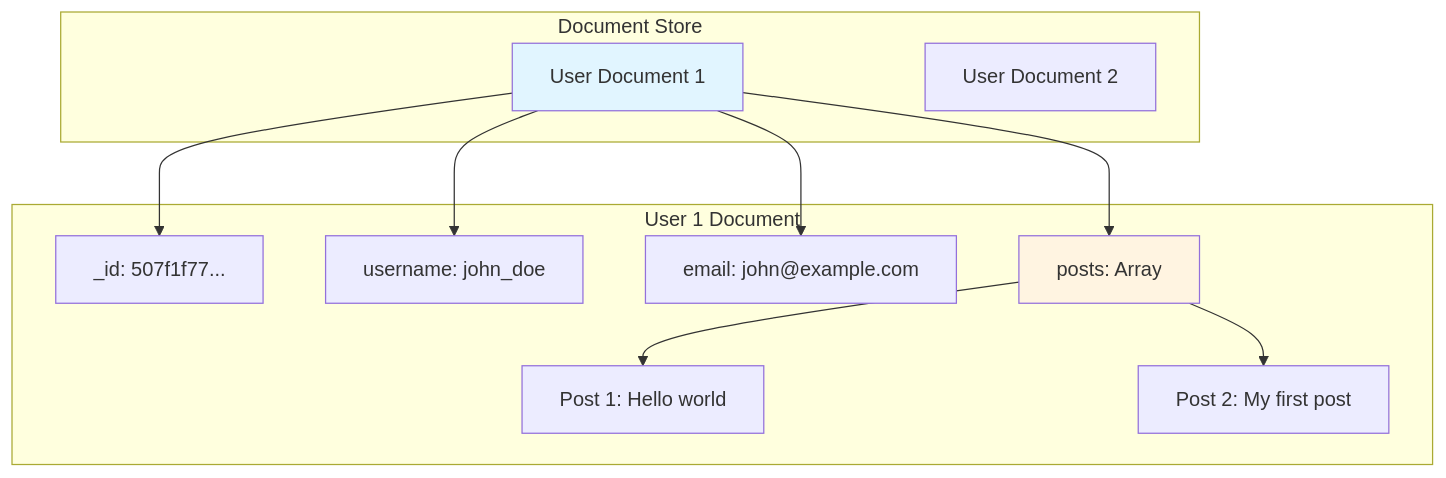
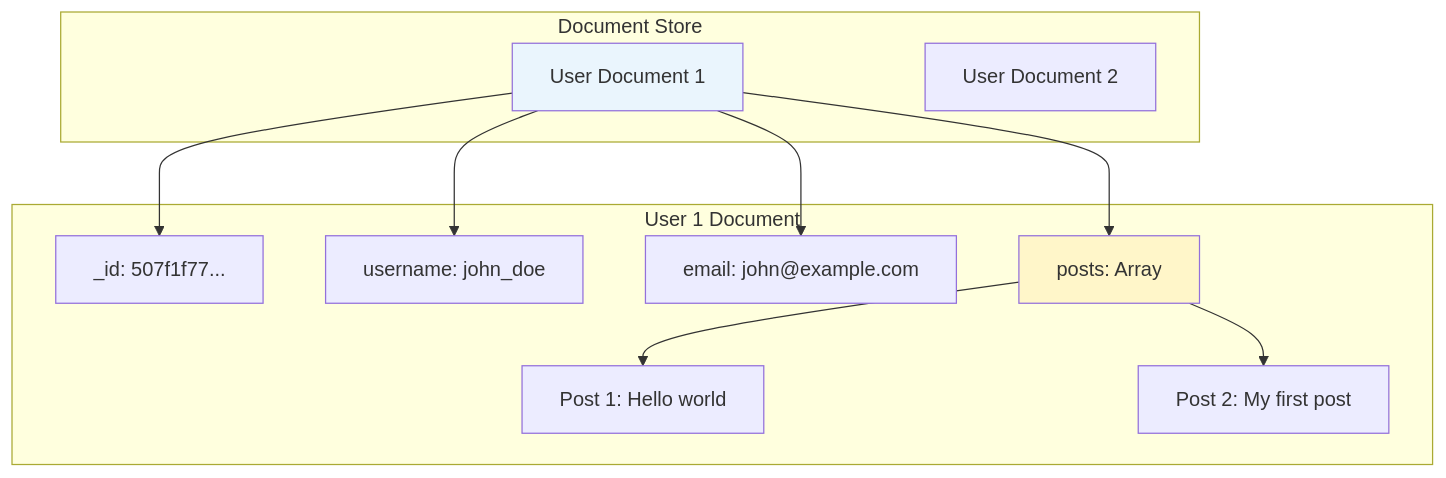
One commit to cartmancodes/InterviewVault changed the fifth of 27 diagrams in LLD/CoreConcepts/DataModelling.md. Above: the diagram before and after it, drawn with Mermaid. The commit also changed other lines of this file and 679 other files, not shown here.

Commit message:
Unify content diagrams and add accessible visual walkthroughs

````diff
--- a/LLD/CoreConcepts/DataModelling.md
+++ b/LLD/CoreConcepts/DataModelling.md
@@ -217,26 +217,26 @@
 ```mermaid
 graph TB
     subgraph "Document Store"
         USER1[User Document 1]
         USER2[User Document 2]
     end
     
     subgraph "User 1 Document"
         U1ID[_id: 507f1f77...]
         U1NAME[username: john_doe]
         U1EMAIL[email: john@example.com]
         U1POSTS[posts: Array]
         POST1[Post 1: Hello world]
         POST2[Post 2: My first post]
     end
     
     USER1 --> U1ID
     USER1 --> U1NAME
     USER1 --> U1EMAIL
     USER1 --> U1POSTS
     U1POSTS --> POST1
     U1POSTS --> POST2
     
-    style USER1 fill:#e1f5ff
-    style U1POSTS fill:#fff4e1
+    style USER1 fill:#EAF5FD
+    style U1POSTS fill:#FFF6C9
 ```
````
